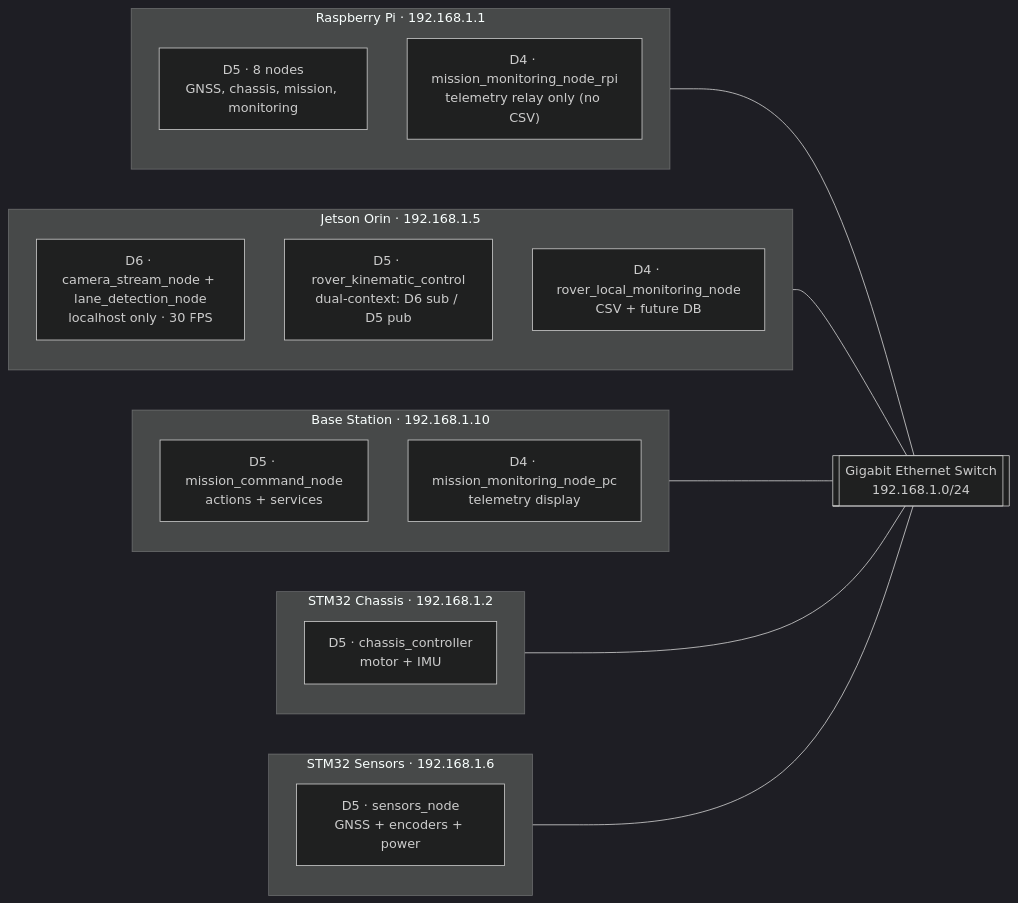
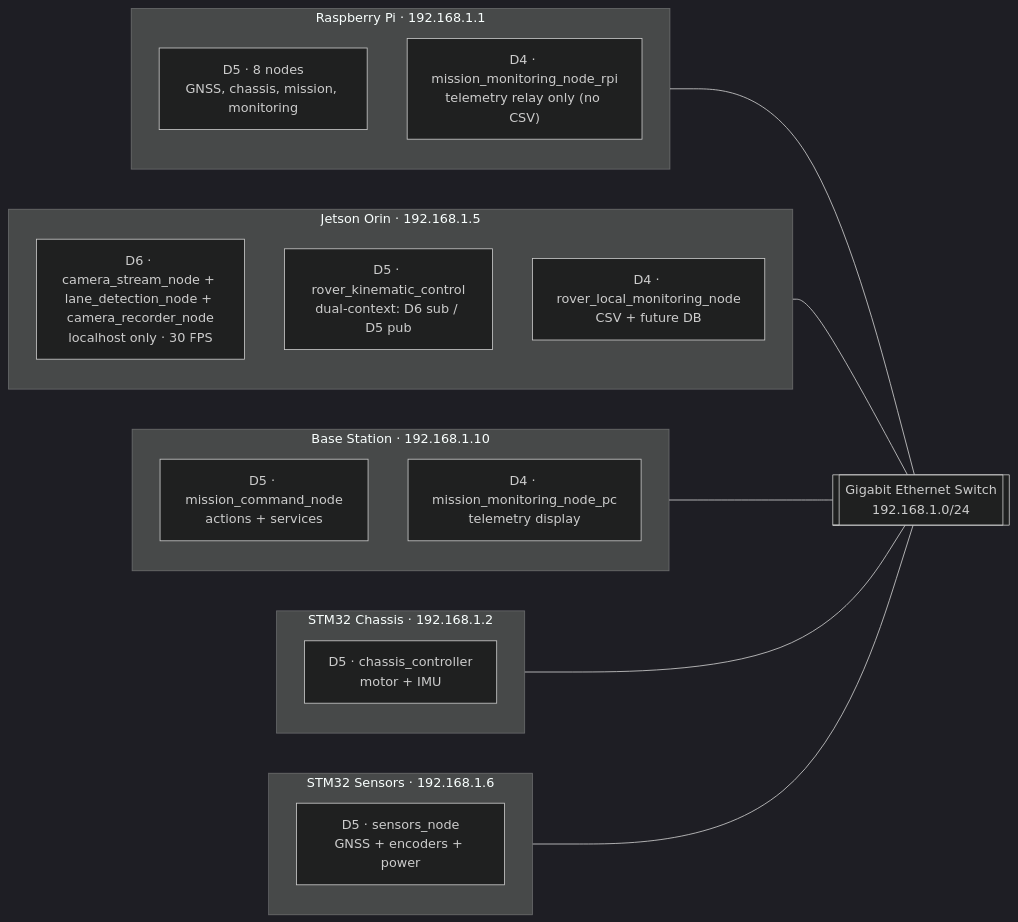
One commit to RoboticsGG/almondmatcha changed the first of 2 diagrams in docs/ARCHITECTURE.md. Above: the diagram before and after it, drawn with Mermaid (dark theme). The commit also changed other lines of this file and 8 other files, not shown here.

````diff
--- a/docs/ARCHITECTURE.md
+++ b/docs/ARCHITECTURE.md
@@ -19,34 +19,34 @@
 ```mermaid
 graph LR
     SW[["Gigabit Ethernet Switch\n192.168.1.0/24"]]
 
     subgraph RPi ["Raspberry Pi · 192.168.1.1"]
         R1["D5 · 8 nodes\nGNSS, chassis, mission, monitoring"]
         R2["D4 · mission_monitoring_node_rpi\ntelemetry relay only (no CSV)"]
     end
 
     subgraph JET ["Jetson Orin · 192.168.1.5"]
-        J1["D6 · camera_stream_node + lane_detection_node\nlocalhost only · 30 FPS"]
+        J1["D6 · camera_stream_node + lane_detection_node + camera_recorder_node\nlocalhost only · 30 FPS"]
         J2["D5 · rover_kinematic_control\ndual-context: D6 sub / D5 pub"]
         J3["D4 · rover_local_monitoring_node\nCSV + future DB"]
     end
 
     subgraph BASE ["Base Station · 192.168.1.10"]
         B1["D5 · mission_command_node\nactions + services"]
         B2["D4 · mission_monitoring_node_pc\ntelemetry display"]
     end
 
     subgraph CHS ["STM32 Chassis · 192.168.1.2"]
         C1["D5 · chassis_controller\nmotor + IMU"]
     end
 
     subgraph SNS ["STM32 Sensors · 192.168.1.6"]
         S1["D5 · sensors_node\nGNSS + encoders + power"]
     end
 
     RPi --- SW
     JET --- SW
     BASE --- SW
     CHS --- SW
     SNS --- SW
 ```
````
